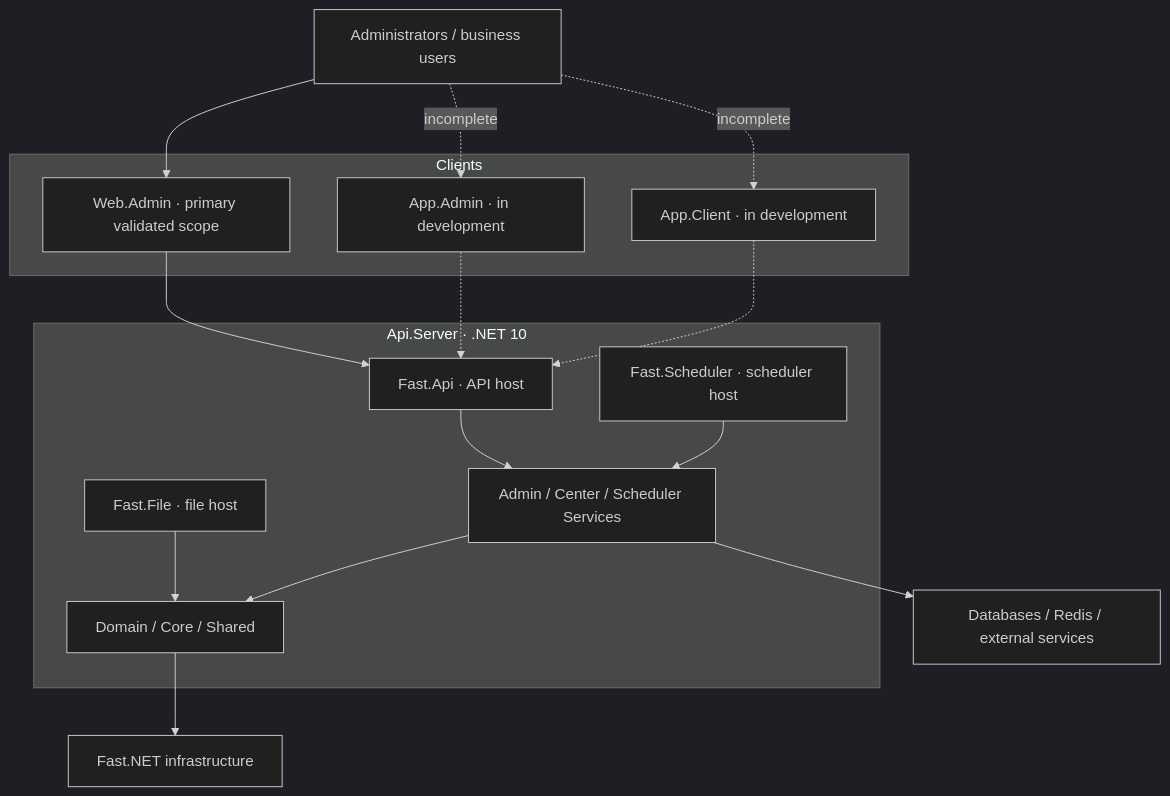
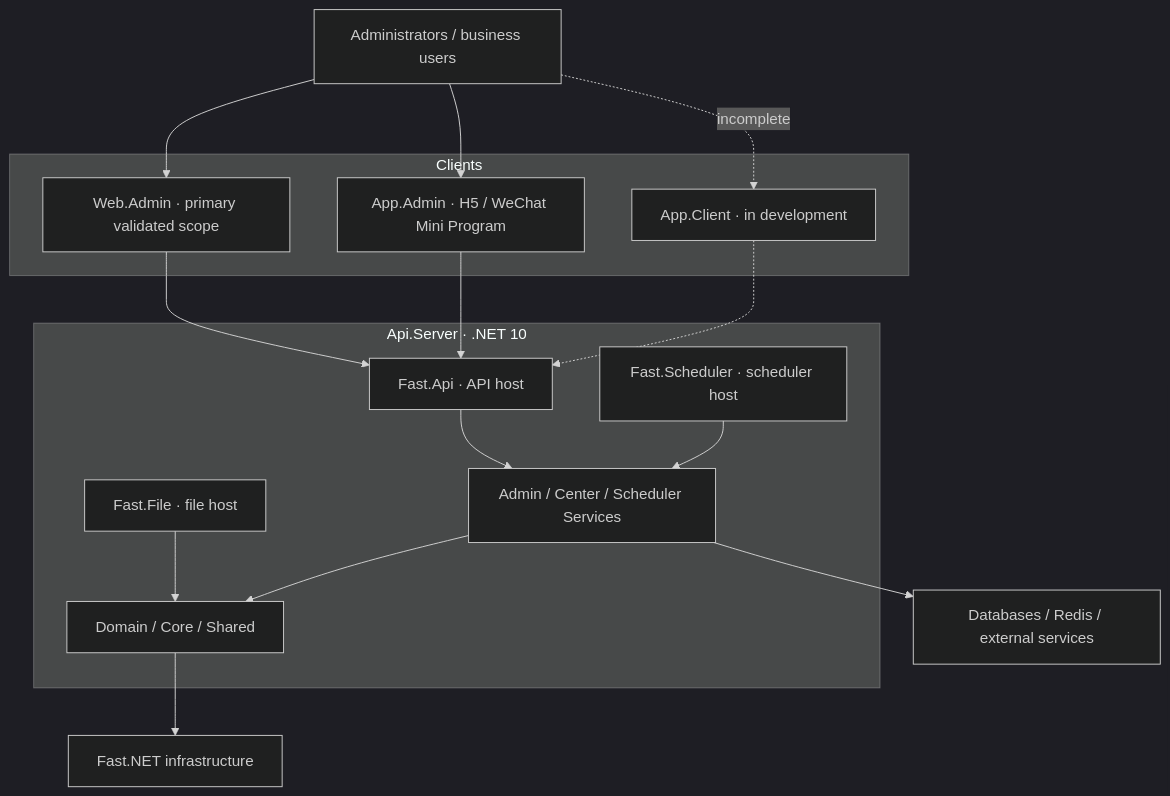
One commit to Fast-Dotnet/Fast.Admin changed the diagram in README.md. Above: the diagram before and after it, drawn with Mermaid (dark theme). The commit also changed other lines of this file and 7 other files, not shown here.

First line of the commit message:
docs(readme): 更新移动管理端完成度与小程序深色截图

````diff
--- a/README.md
+++ b/README.md
@@ -126,34 +150,34 @@
 ```mermaid
 flowchart TB
     user["Administrators / business users"]
 
     subgraph clients["Clients"]
         web["Web.Admin · primary validated scope"]
-        adminApp["App.Admin · in development"]
+        adminApp["App.Admin · H5 / WeChat Mini Program"]
         clientApp["App.Client · in development"]
     end
 
     subgraph server["Api.Server · .NET 10"]
         api["Fast.Api · API host"]
         file["Fast.File · file host"]
         scheduler["Fast.Scheduler · scheduler host"]
         services["Admin / Center / Scheduler Services"]
         foundation["Domain / Core / Shared"]
     end
 
     infra["Fast.NET infrastructure"]
     storage["Databases / Redis / external services"]
 
     user --> web
-    user -. incomplete .-> adminApp
+    user --> adminApp
     user -. incomplete .-> clientApp
     web --> api
-    adminApp -.-> api
+    adminApp --> api
     clientApp -.-> api
     api --> services
     file --> foundation
     scheduler --> services
     services --> foundation
     foundation --> infra
     services --> storage
 ```
````
